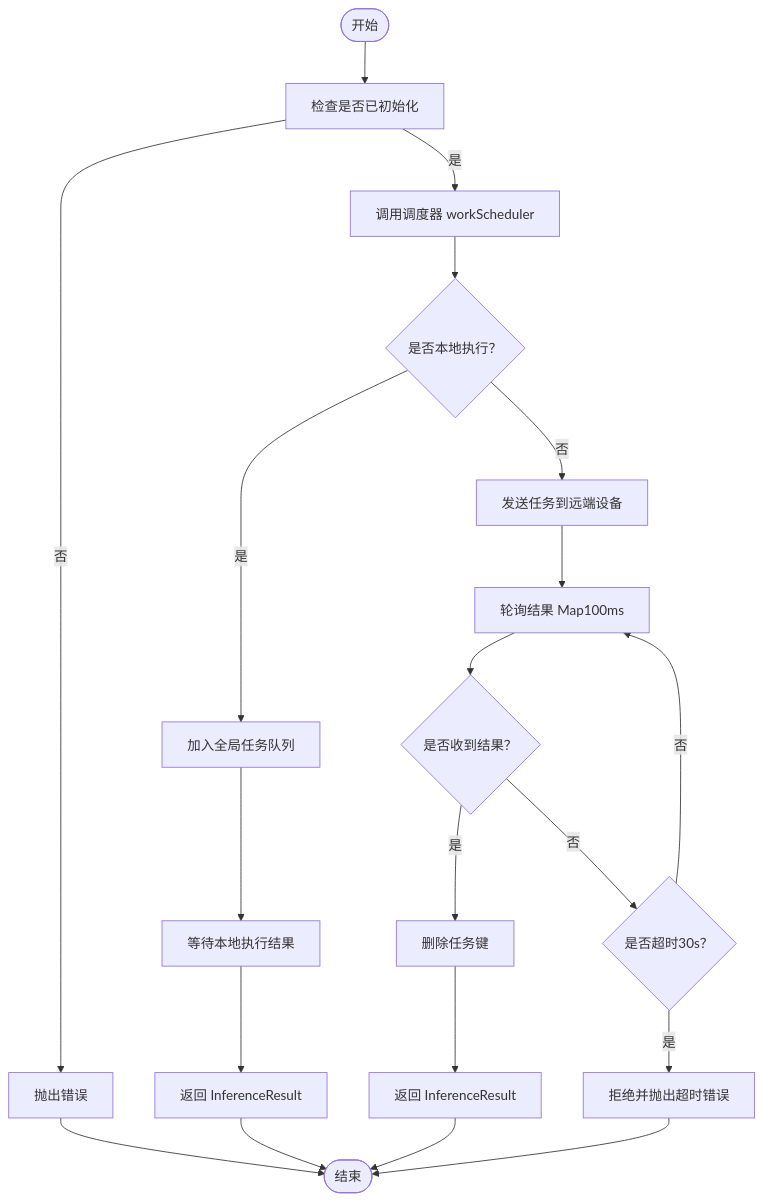
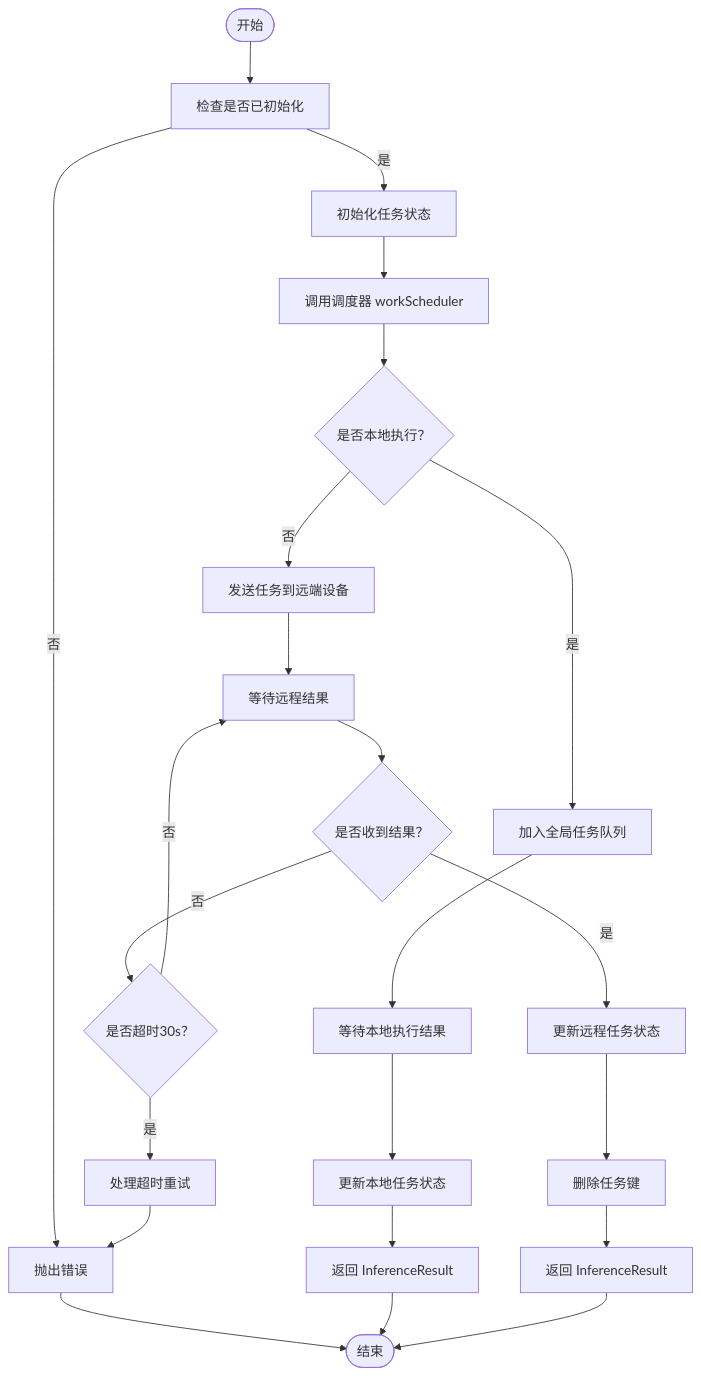
One commit to huo65/OH-Co3 changed the sixth of 6 diagrams in .qoder/repowiki/zh/content/API 参考文档/核心 API/HarmonyInferenceClient API.md. Above: the diagram before and after it, drawn with Mermaid. The commit also changed other lines of this file and 6 other files, not shown here.

````diff
--- a/.qoder/repowiki/zh/content/API 参考文档/核心 API/HarmonyInferenceClient API.md
+++ b/.qoder/repowiki/zh/content/API 参考文档/核心 API/HarmonyInferenceClient API.md
@@ -414,22 +579,25 @@
 ```mermaid
 flowchart TD
 Start(["开始"]) --> CheckInit["检查是否已初始化"]
 CheckInit --> |否| ThrowErr["抛出错误"]
-CheckInit --> |是| CallSched["调用调度器 workScheduler"]
+CheckInit --> |是| InitTask["初始化任务状态"]
+InitTask --> CallSched["调用调度器 workScheduler"]
 CallSched --> LocalExec{"是否本地执行？"}
 LocalExec --> |是| AddQueue["加入全局任务队列"]
 AddQueue --> WaitLocal["等待本地执行结果"]
-WaitLocal --> ReturnLocal["返回 InferenceResult"]
+WaitLocal --> UpdateLocal["更新本地任务状态"]
+UpdateLocal --> ReturnLocal["返回 InferenceResult"]
 LocalExec --> |否| SendRemote["发送任务到远端设备"]
-SendRemote --> Poll["轮询结果 Map100ms"]
-Poll --> HasResult{"是否收到结果？"}
-HasResult --> |是| DeleteKey["删除任务键"]
+SendRemote --> WaitRemote["等待远程结果"]
+WaitRemote --> HasResult{"是否收到结果？"}
+HasResult --> |是| UpdateRemote["更新远程任务状态"]
+UpdateRemote --> DeleteKey["删除任务键"]
 DeleteKey --> ReturnRemote["返回 InferenceResult"]
 HasResult --> |否| Timeout{"是否超时30s？"}
-Timeout --> |否| Poll
-Timeout --> |是| RejectErr["拒绝并抛出超时错误"]
+Timeout --> |否| WaitRemote
+Timeout --> |是| HandleTimeout["处理超时重试"]
+HandleTimeout --> ThrowErr
 ThrowErr --> End(["结束"])
 ReturnLocal --> End
 ReturnRemote --> End
-RejectErr --> End
 ```
````
